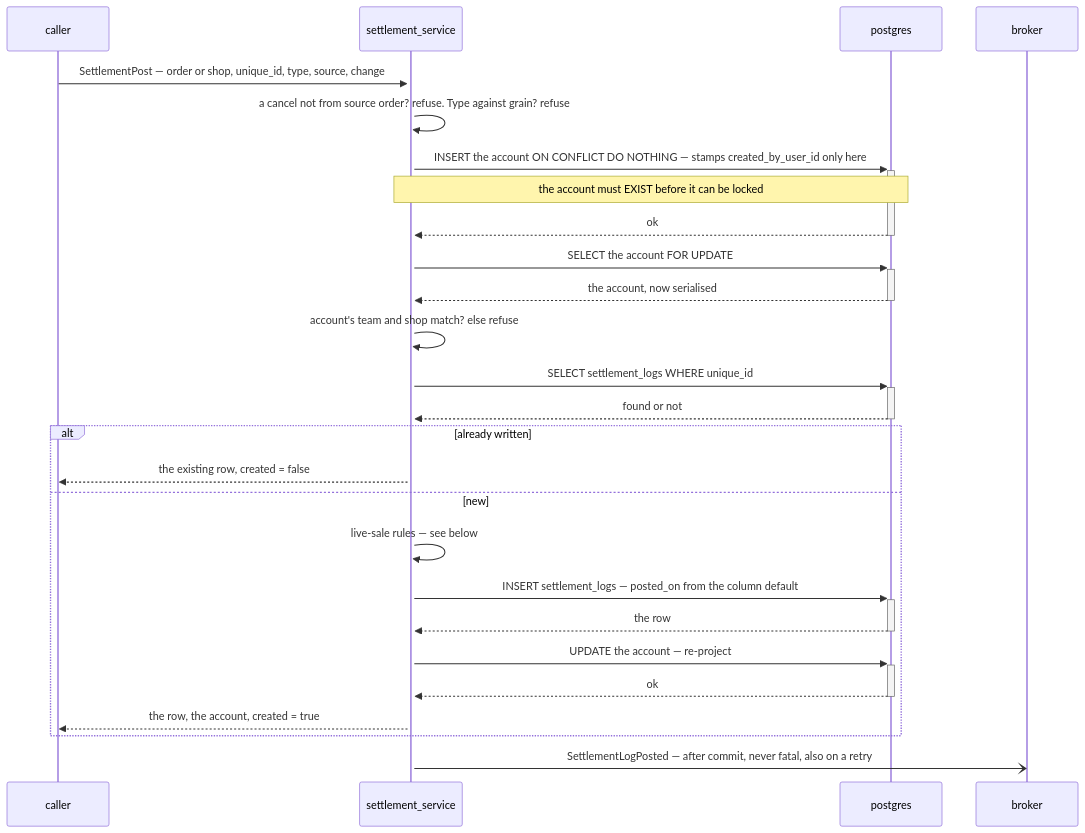
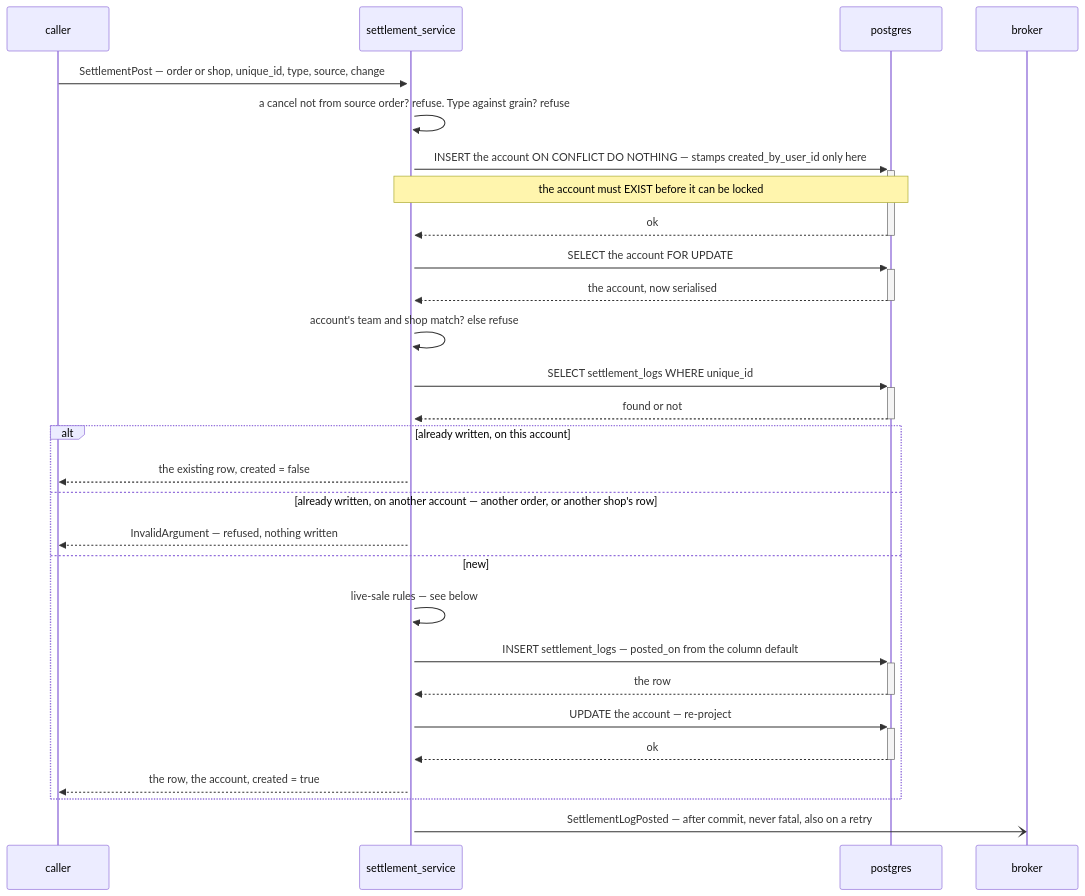
The second of 5 diagrams in docs/services/settlement_service/rpc.md (pdcgo/warehouse_revamp), drawn with Mermaid before and after one commit. The commit also changed 10 other files, not shown here.

First line of the commit message:
settlement: refuse a unique_id held by another shop, not only another order

````diff
--- a/docs/services/settlement_service/rpc.md
+++ b/docs/services/settlement_service/rpc.md
@@ -46,29 +46,31 @@
 ```mermaid
 sequenceDiagram
   participant C as caller
   participant S as settlement_service
   participant DB as postgres
   participant B as broker
 
   C->>+S: SettlementPost — order or shop, unique_id, type, source, change
   S->>S: a cancel not from source order? refuse. Type against grain? refuse
   S->>+DB: INSERT the account ON CONFLICT DO NOTHING — stamps created_by_user_id only here
   Note over S,DB: the account must EXIST before it can be locked
   DB-->>-S: ok
   S->>+DB: SELECT the account FOR UPDATE
   DB-->>-S: the account, now serialised
   S->>S: account's team and shop match? else refuse
   S->>+DB: SELECT settlement_logs WHERE unique_id
   DB-->>-S: found or not
-  alt already written
+  alt already written, on this account
     S-->>C: the existing row, created = false
+  else already written, on another account — another order, or another shop's row
+    S-->>C: InvalidArgument — refused, nothing written
   else new
     S->>S: live-sale rules — see below
     S->>+DB: INSERT settlement_logs — posted_on from the column default
     DB-->>-S: the row
     S->>+DB: UPDATE the account — re-project
     DB-->>-S: ok
     S-->>C: the row, the account, created = true
   end
   S-)B: SettlementLogPosted — after commit, never fatal, also on a retry
 ```
````
